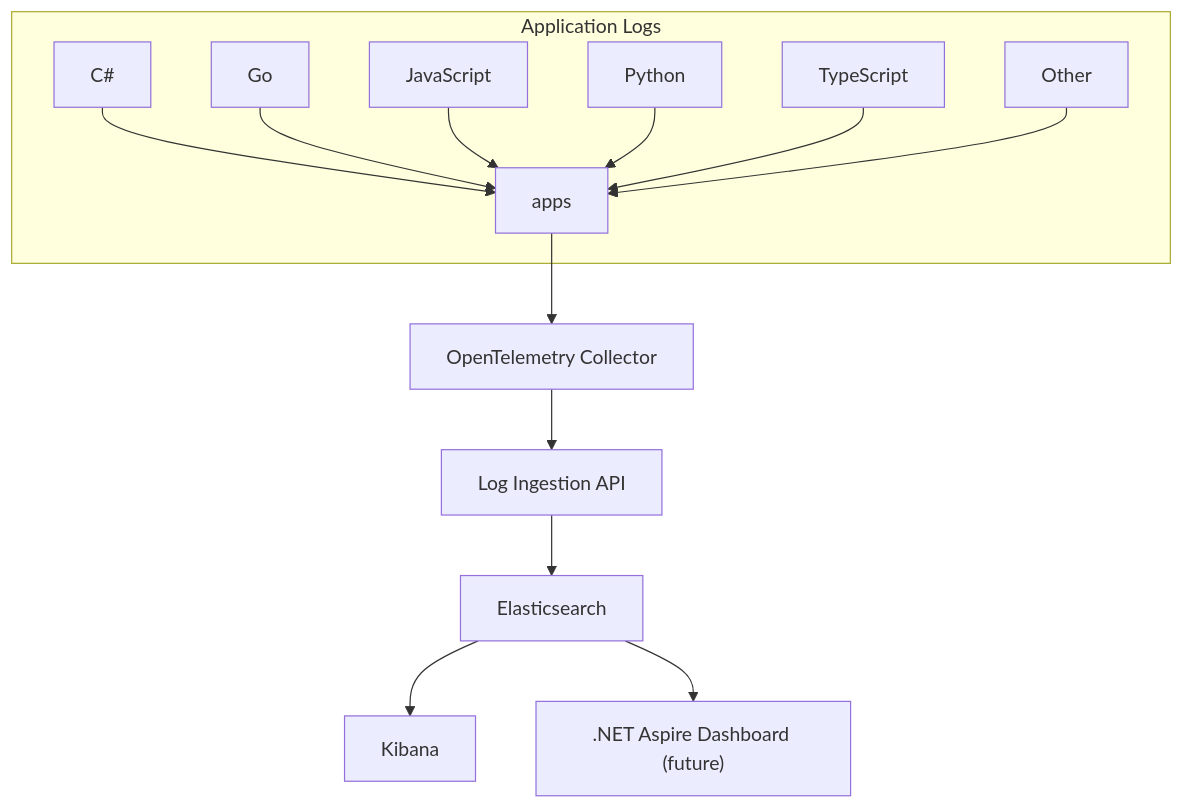
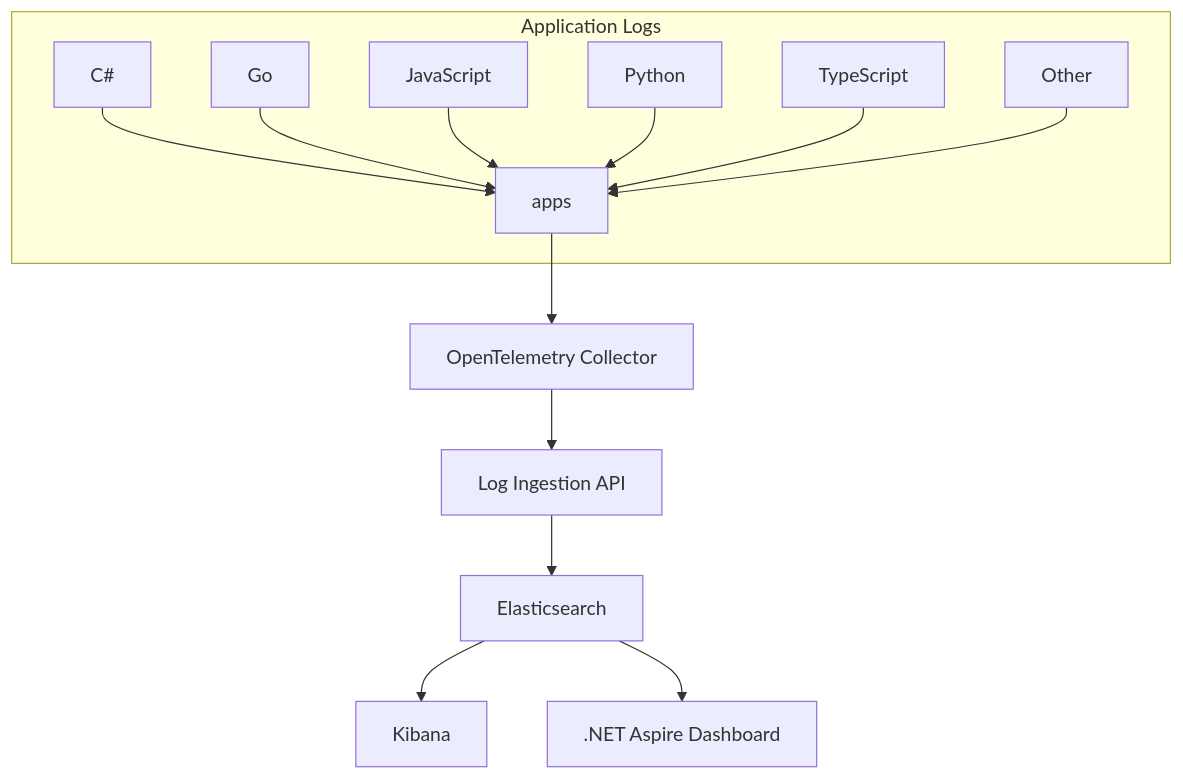
The diagram in README.md (jgador/loggle), drawn with Mermaid before and after one commit. The commit also changed other lines of this file, not shown here.

Commit message:
Enhance README to include .NET Aspire Dashboard details and access instructions

````diff
--- a/README.md
+++ b/README.md
@@ -73,24 +83,24 @@
 ```mermaid
 flowchart TB
     csharp["C#"]
     go["Go"]
     javascript["JavaScript"]
     python["Python"]
     typescript["TypeScript"]
     others["Other"]
 
     subgraph sources["Application Logs"]
         csharp --> apps
         go --> apps
         javascript --> apps
         python --> apps
         typescript --> apps
         others --> apps
     end
 
     apps --> collector["OpenTelemetry Collector"]
     collector --> ingestion["Log Ingestion API"]
     ingestion --> elastic["Elasticsearch"]
     elastic --> kibana["Kibana"]
-    elastic --> aspire[".NET Aspire Dashboard (future)"]
+    elastic --> aspire[".NET Aspire Dashboard"]
 ```
````
